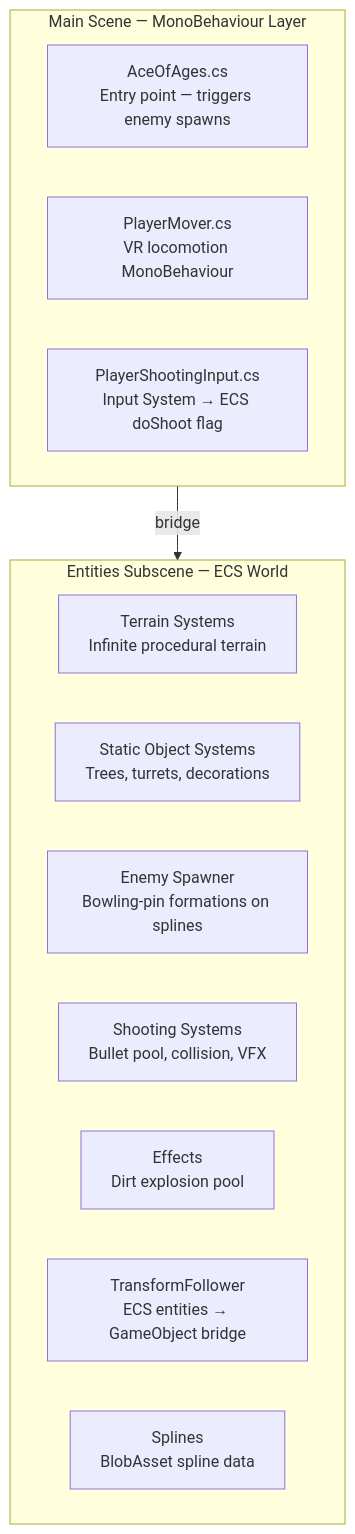
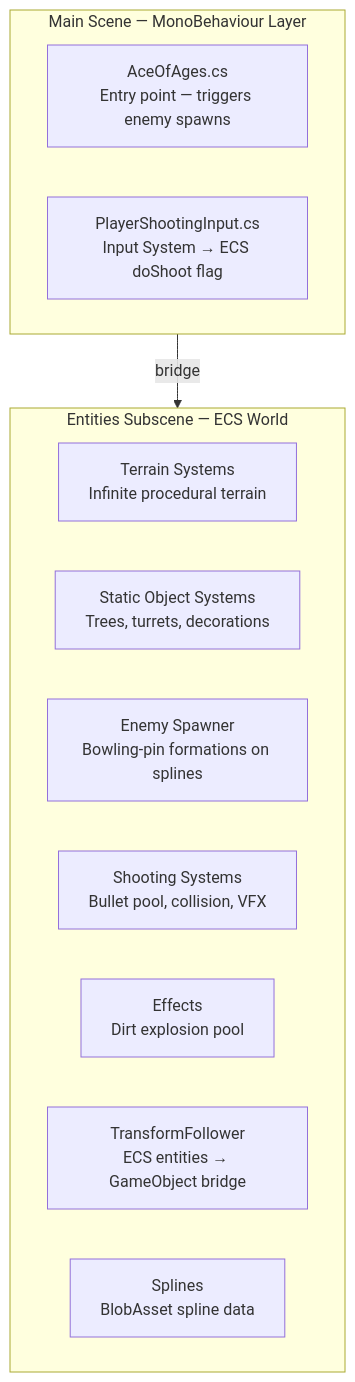
Before and after one commit to octopus8/BlueDesertFox: the first of 2 diagrams in Assets/_App/Ace of Ages/Documentation/SCENE_OVERVIEW.md, drawn with Mermaid. The commit also changed other lines of this file and 12 other files, not shown here.

````diff
--- a/Assets/_App/Ace of Ages/Documentation/SCENE_OVERVIEW.md
+++ b/Assets/_App/Ace of Ages/Documentation/SCENE_OVERVIEW.md
@@ -15,20 +15,19 @@
 ```mermaid
 flowchart TD
     subgraph MAIN["Main Scene — MonoBehaviour Layer"]
         AOA["AceOfAges.cs\nEntry point — triggers enemy spawns"]
-        PM["PlayerMover.cs\nVR locomotion MonoBehaviour"]
         PSI["PlayerShootingInput.cs\nInput System → ECS doShoot flag"]
     end
 
     subgraph ECS["Entities Subscene — ECS World"]
         TS["Terrain Systems\nInfinite procedural terrain"]
         SOS["Static Object Systems\nTrees, turrets, decorations"]
         ES["Enemy Spawner\nBowling-pin formations on splines"]
         SS["Shooting Systems\nBullet pool, collision, VFX"]
         EFF["Effects\nDirt explosion pool"]
         TF["TransformFollower\nECS entities → GameObject bridge"]
         SPL["Splines\nBlobAsset spline data"]
     end
 
     MAIN -->|"bridge"| ECS
 ```
````
